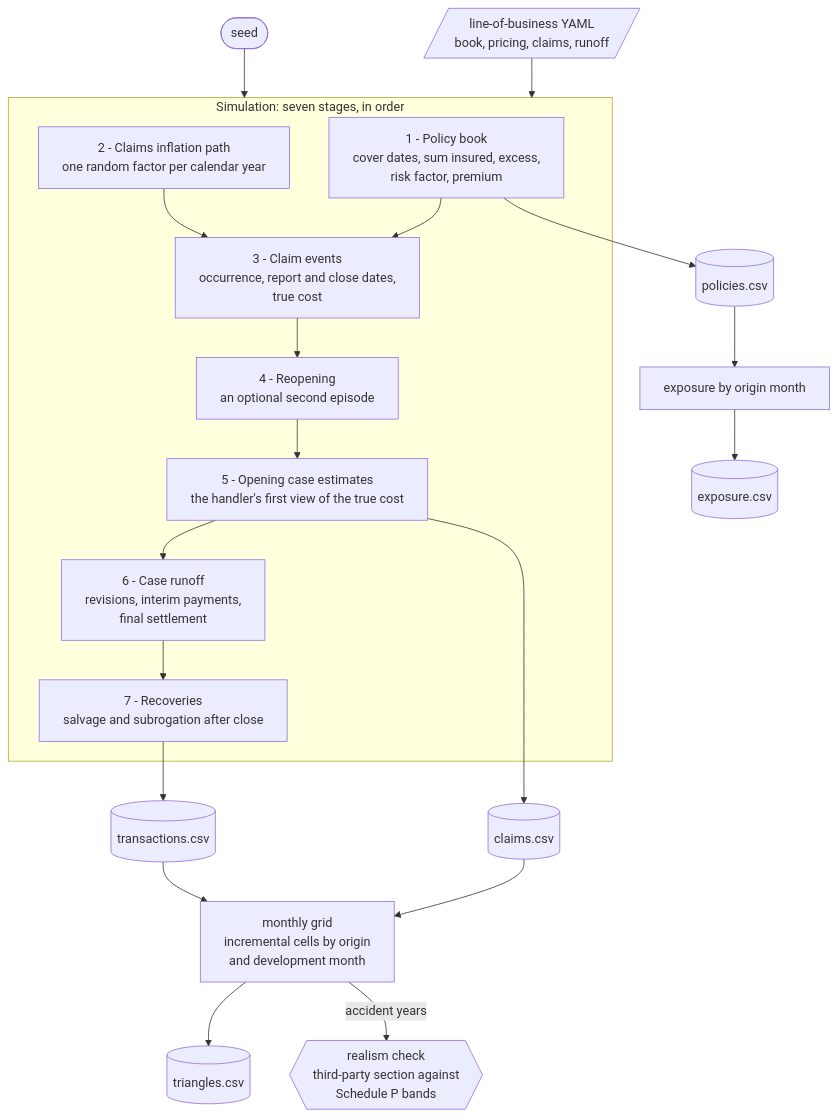
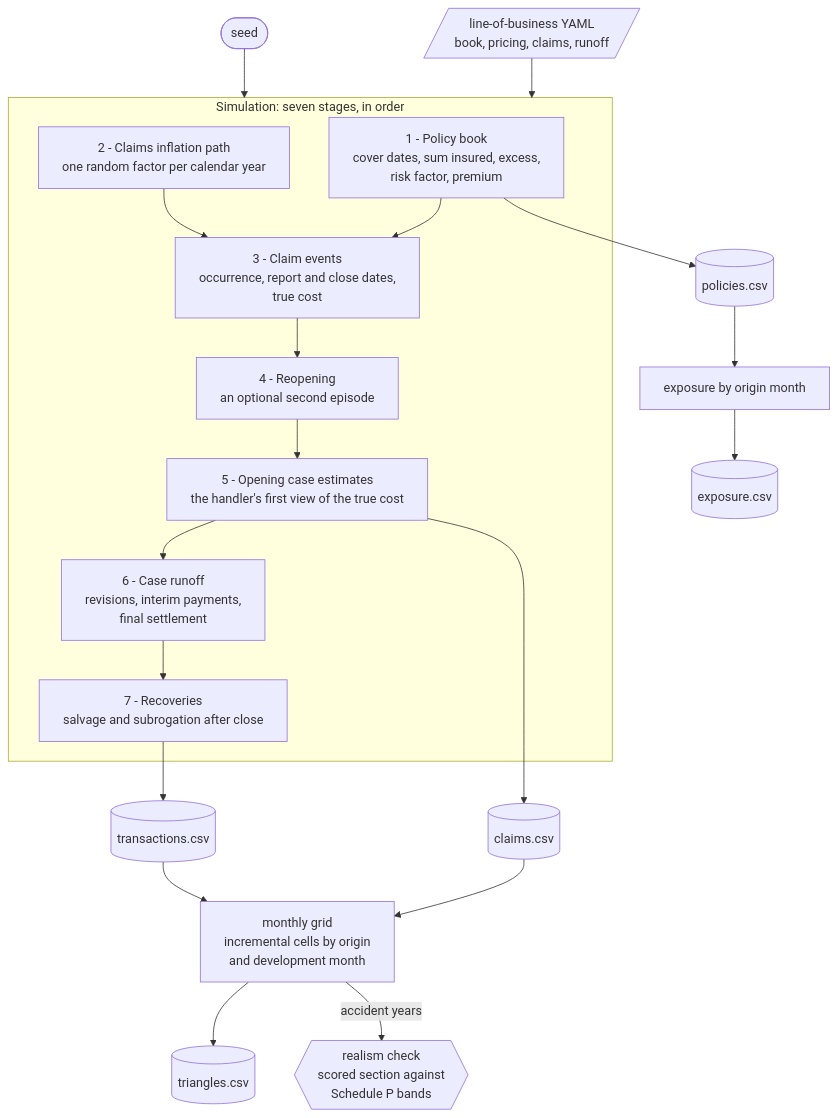
One commit to le-marais/claims-data-generator changed the first of 10 diagrams in README.md. Above: the diagram before and after it, drawn with Mermaid. The commit also changed other lines of this file and 36 other files, not shown here.

````diff
--- a/README.md
+++ b/README.md
@@ -63,36 +63,36 @@
 ```mermaid
 %%{init: {"flowchart": {"wrappingWidth": 480}}}%%
 flowchart TD
     yaml[/"line-of-business YAML<br/>book, pricing, claims, runoff"/]
     seed(["seed"])
     subgraph sim["Simulation: seven stages, in order"]
         s1["1 - Policy book<br/>cover dates, sum insured, excess,<br/>risk factor, premium"]
         s2["2 - Claims inflation path<br/>one random factor per calendar year"]
         s3["3 - Claim events<br/>occurrence, report and close dates,<br/>true cost"]
         s4["4 - Reopening<br/>an optional second episode"]
         s5["5 - Opening case estimates<br/>the handler's first view of the true cost"]
         s6["6 - Case runoff<br/>revisions, interim payments,<br/>final settlement"]
         s7["7 - Recoveries<br/>salvage and subrogation after close"]
         s1 --> s3
         s2 --> s3
         s3 --> s4 --> s5 --> s6 --> s7
     end
     policiesCsv[("policies.csv")]
     claimsCsv[("claims.csv")]
     transactionsCsv[("transactions.csv")]
     grid["monthly grid<br/>incremental cells by origin<br/>and development month"]
     exposure["exposure by origin month"]
     trianglesCsv[("triangles.csv")]
     exposureCsv[("exposure.csv")]
-    realism{{"realism check<br/>third-party section against<br/>Schedule P bands"}}
+    realism{{"realism check<br/>scored section against<br/>Schedule P bands"}}
     yaml --> sim
     seed --> sim
     s1 --> policiesCsv
     s5 --> claimsCsv
     s7 --> transactionsCsv
     claimsCsv & transactionsCsv --> grid
     policiesCsv --> exposure
     grid --> trianglesCsv
     exposure --> exposureCsv
     grid -- "accident years" --> realism
 ```
````
